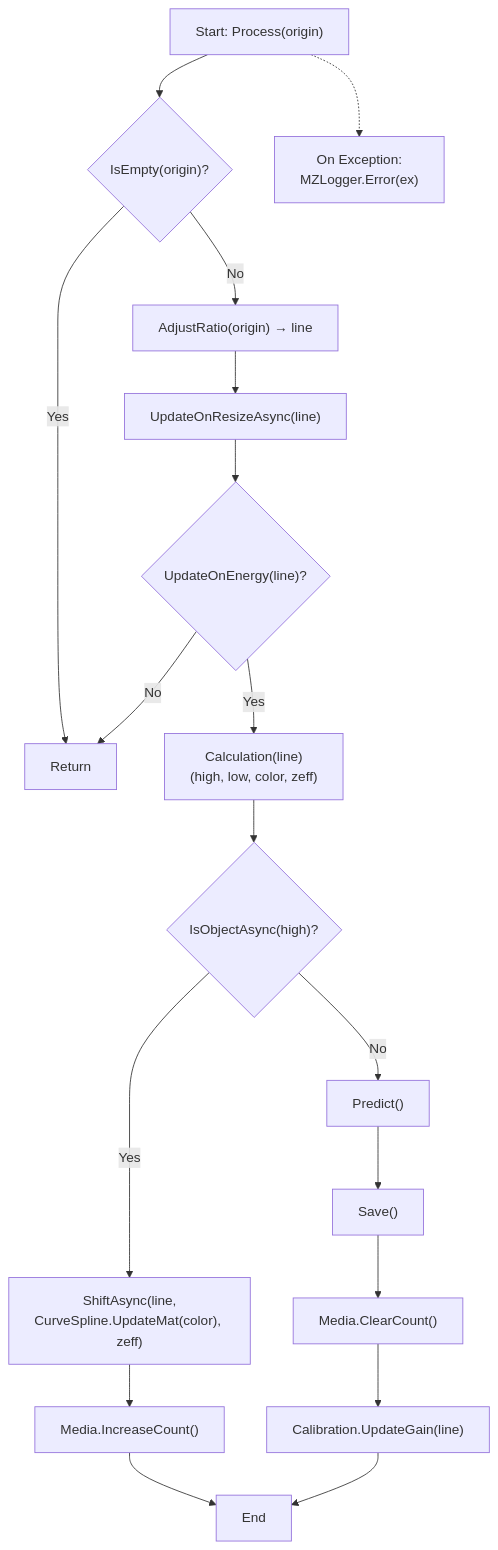
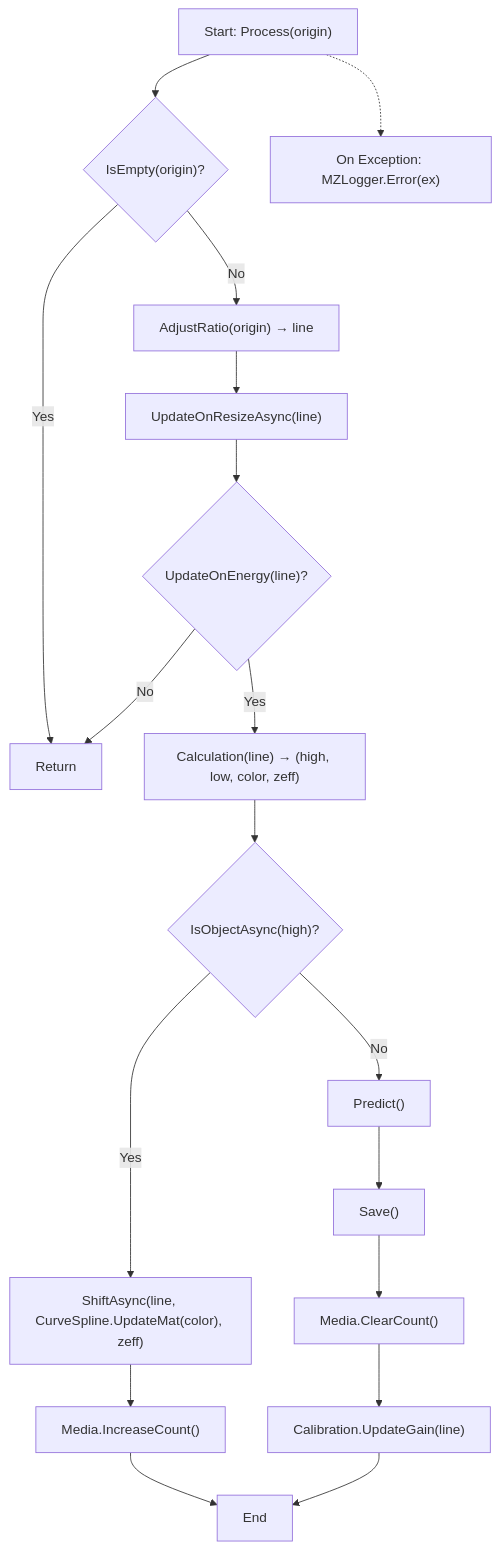
The first of 3 diagrams in README.md (MZ-Prj/MZ.Xray.Prism), drawn with Mermaid before and after one commit. The commit also changed other lines of this file, not shown here.

````diff
--- a/README.md
+++ b/README.md
@@ -83,21 +86,21 @@
 ```mermaid
 graph TD
     A["Start: Process(origin)"] --> B{"IsEmpty(origin)?"}
     B -- "Yes" --> Z["Return"]
     B -- "No" --> C["AdjustRatio(origin) → line"]
     C --> D["UpdateOnResizeAsync(line)"]
     D --> E{"UpdateOnEnergy(line)?"}
     E -- "No" --> Z
-    E -- "Yes" --> F["Calculation(line)<br/>(high, low, color, zeff)"]
+    E -- "Yes" --> F["Calculation(line) → (high, low, color, zeff)"]
     F --> G{"IsObjectAsync(high)?"}
-    G -- "Yes" --> H["ShiftAsync(line,<br/>CurveSpline.UpdateMat(color), zeff)"]
+    G -- "Yes" --> H["ShiftAsync(line, CurveSpline.UpdateMat(color), zeff)"]
     H --> I["Media.IncreaseCount()"]
     I --> J["End"]
     G -- "No" --> K["Predict()"]
     K --> L["Save()"]
     L --> M["Media.ClearCount()"]
     M --> N["Calibration.UpdateGain(line)"]
     N --> J
-    X["On Exception:<br/>MZLogger.Error(ex)"]
+    X["On Exception: MZLogger.Error(ex)"]
     A -.-> X
 ```
````
